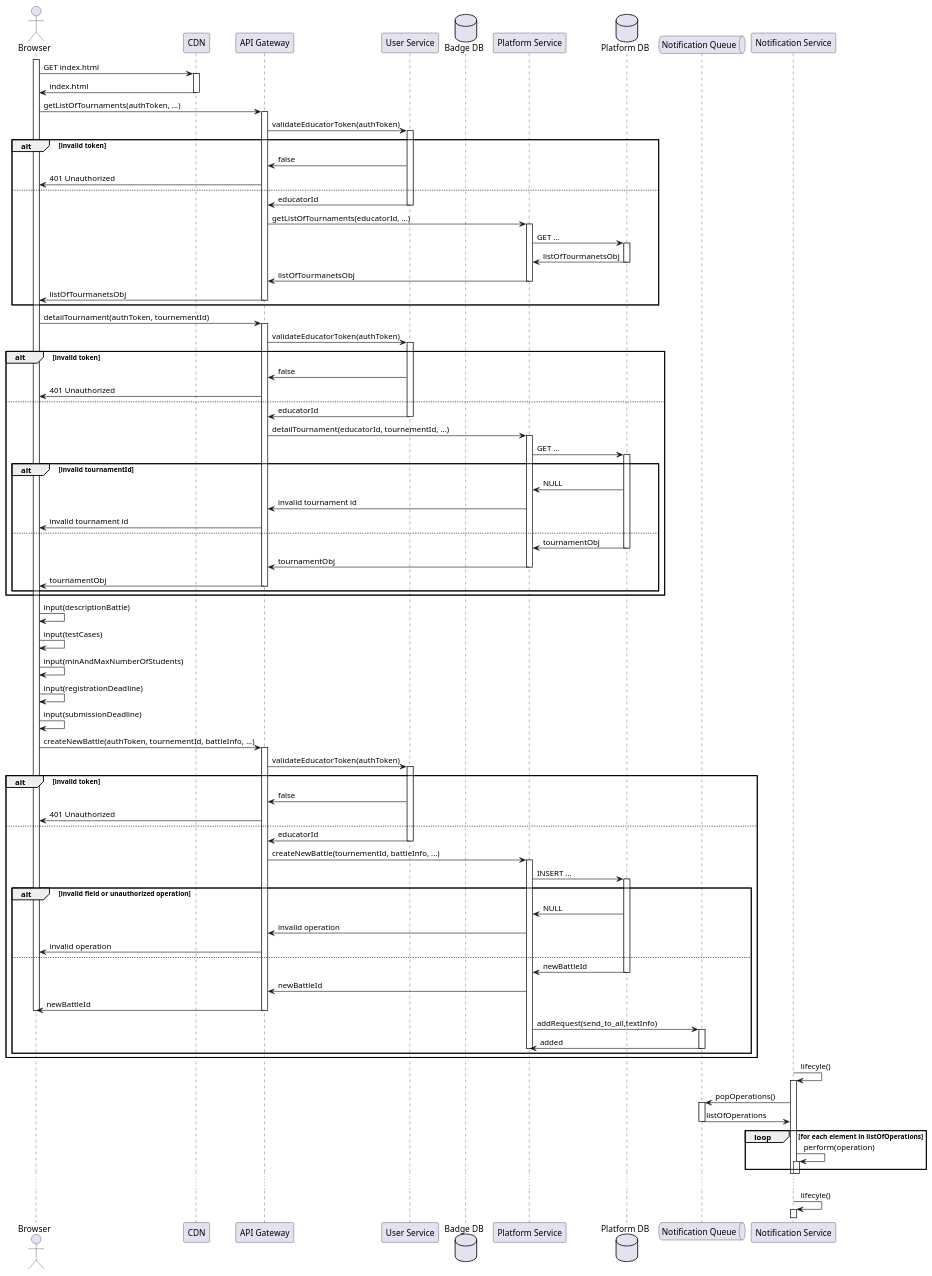
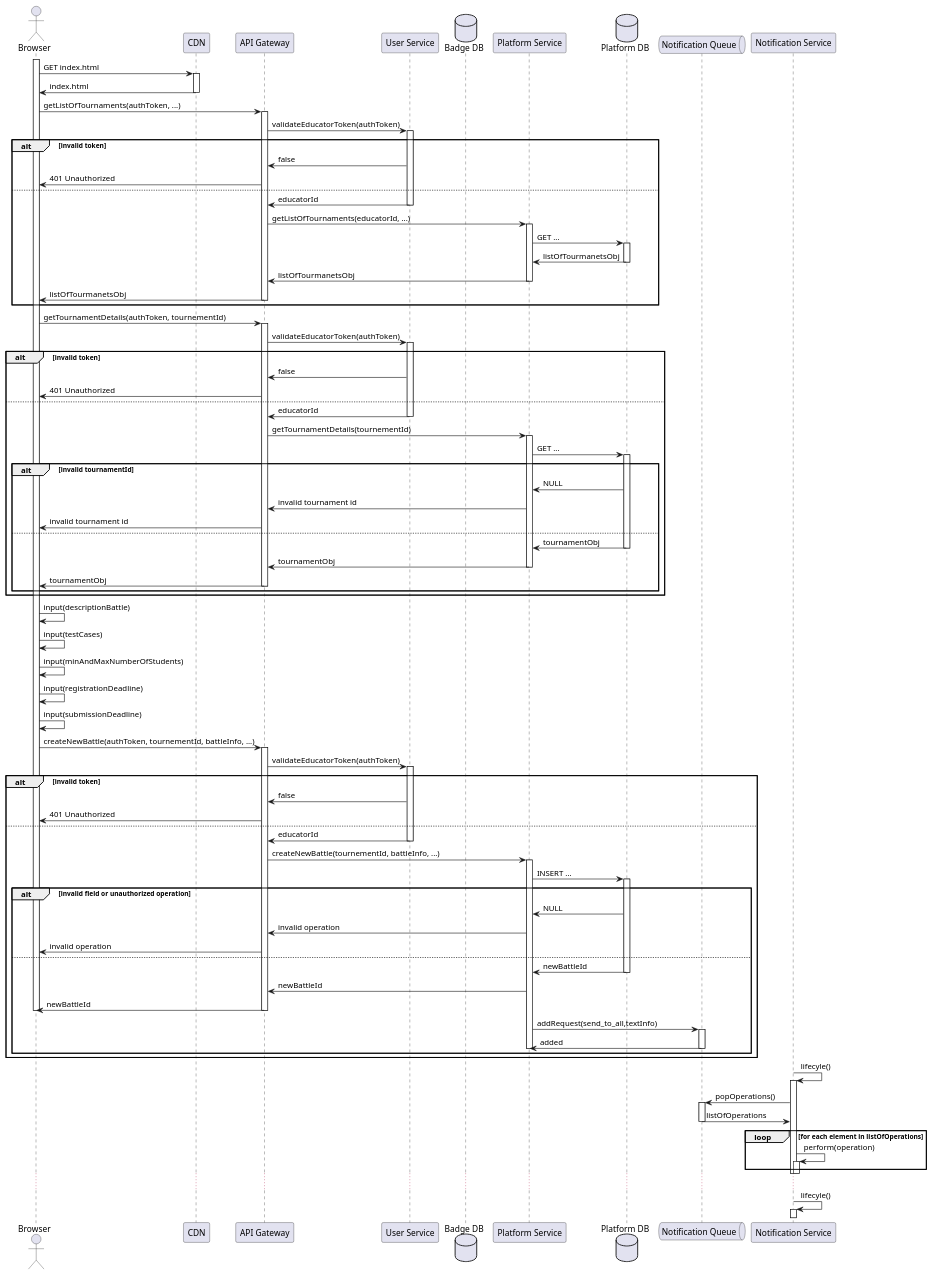
Before and after one commit to Furrrlo/CodeKataBattle: the diagram in dd/puml/rw3.puml, drawn with PlantUML.

Commit message:
Rename method in rw3

```diff
--- a/dd/puml/rw3.puml
+++ b/dd/puml/rw3.puml
@@ -1,112 +1,112 @@
 @startuml RW3 - Educator creates a new Battle for an Existing Tournament
 
 actor Browser
 participant CDN
 participant "API Gateway" as gateway
 participant "User Service" as auth
 
 database "Badge DB" as badgesDb
 participant "Platform Service" as platform
 database "Platform DB" as platformDb
 
 queue  "Notification Queue" as notificationQueue
 participant "Notification Service" as notification
 
 activate Browser
 Browser -> CDN ++ : GET index.html
 Browser <- CDN -- : index.html
 
 
 Browser -> gateway ++ : getListOfTournaments(authToken, ...)
 gateway -> auth ++ : validateEducatorToken(authToken)
 alt invalid token
     gateway <- auth : false
     Browser <- gateway : 401 Unauthorized
 else
     gateway <- auth -- : educatorId
     gateway -> platform ++ : getListOfTournaments(educatorId, ...)
     platform -> platformDb ++ : GET ...
     platform <- platformDb -- : listOfTourmanetsObj
     gateway <- platform -- : listOfTourmanetsObj
     Browser <- gateway -- : listOfTourmanetsObj
 end
 
 
 
 
-Browser -> gateway ++ : detailTournament(authToken, tournementId)
+Browser -> gateway ++ : getTournamentDetails(authToken, tournementId)
 gateway -> auth ++ : validateEducatorToken(authToken)
 alt invalid token
     gateway <- auth : false
     Browser <- gateway : 401 Unauthorized
 else
     gateway <- auth -- : educatorId
-    gateway -> platform ++ : detailTournament(educatorId, tournementId, ...)
+    gateway -> platform ++ : getTournamentDetails(tournementId)
 
     platform -> platformDb ++ : GET ...
 
     alt invalid tournamentId
         platform <- platformDb : NULL
         gateway <- platform : invalid tournament id
         Browser <- gateway : invalid tournament id
     else
         platform <- platformDb -- : tournamentObj
         gateway <- platform -- : tournamentObj
         Browser <- gateway -- : tournamentObj
     end
 end
 
 
 Browser -> Browser : input(descriptionBattle)
 Browser -> Browser : input(testCases)
 Browser -> Browser : input(minAndMaxNumberOfStudents)
 Browser -> Browser : input(registrationDeadline)
 Browser -> Browser : input(submissionDeadline)
 
 Browser -> gateway ++ : createNewBattle(authToken, tournementId, battleInfo, ...)
 
 gateway -> auth ++ : validateEducatorToken(authToken)
 alt invalid token
     gateway <- auth : false
     Browser <- gateway : 401 Unauthorized
 else
     gateway <- auth -- : educatorId
     gateway -> platform ++ : createNewBattle(tournementId, battleInfo, ...)
 
     platform -> platformDb ++ : INSERT ...
 
     alt invalid field or unauthorized operation
         platform <- platformDb : NULL
         gateway <- platform : invalid operation
         Browser <- gateway : invalid operation
     else
         platform <- platformDb -- : newBattleId
         gateway <- platform  : newBattleId
         Browser <- gateway -- : newBattleId
         deactivate Browser
 
         platform -> notificationQueue ++ : addRequest(send_to_all,textInfo)
         
         platform <- notificationQueue --: added
         deactivate platform
     end
     
 
 end
 
 notification -> notification ++ : lifecyle()
 notification -> notificationQueue ++: popOperations()
 notification <- notificationQueue --:listOfOperations
 
 
 loop for each element in listOfOperations
     notification -> notification ++: perform(operation)
 end
 deactivate notification
 deactivate notification
 ...
 notification -> notification ++ : lifecyle()
 
 
 
 @enduml
```
